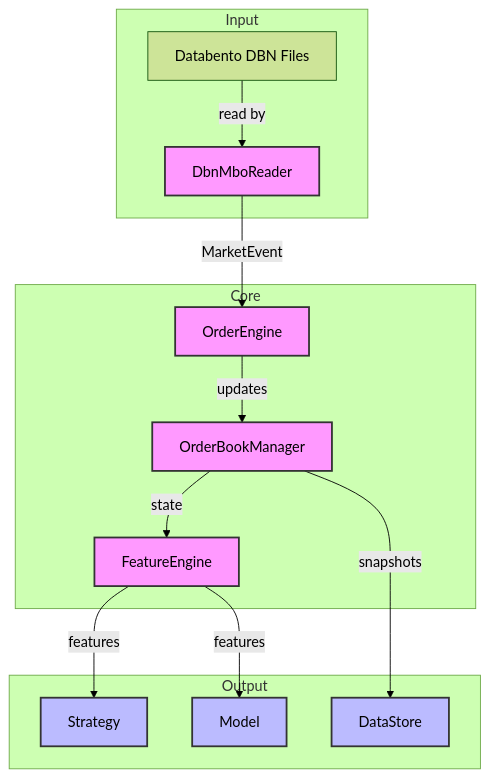
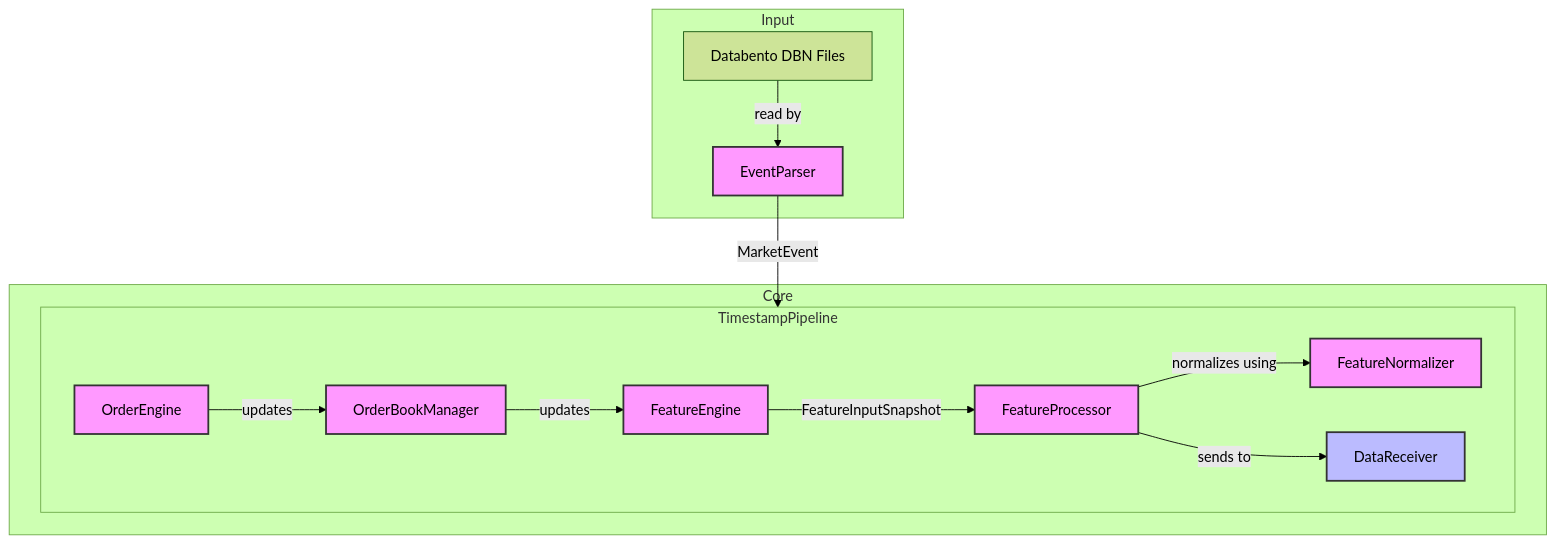
One commit to JackDamato/micro-regime-propogation changed the first of 9 diagrams in docs/architecture.md. Above: the diagram before and after it, drawn with Mermaid (forest theme). The commit also changed other lines of this file, not shown here.

````diff
--- a/docs/architecture.md
+++ b/docs/architecture.md
@@ -3,26 +3,31 @@
 ```mermaid
 graph TD
     classDef component fill:#f9f,stroke:#333,stroke-width:2px;
     classDef interface fill:#bbf,stroke:#333,stroke-width:2px;
     classDef data fill:#9f9,stroke:#333,stroke-width:2px;
     
     subgraph Input
-        DBN[Databento DBN Files] -->|read by| DbnMboReader
+        DBN[Databento DBN Files] -->|read by| EventParser
     end
     
     subgraph Core
-        DbnMboReader -->|MarketEvent| OrderEngine
+        EventParser -->|MarketEvent| TimestampPipeline
+        subgraph TimestampPipeline
+            OrderEngine
+            OrderBookManager
+            FeatureEngine
+            FeatureProcessor
+            FeatureNormalizer
+            DataReceiver
+        end
         OrderEngine -->|updates| OrderBookManager
-        OrderBookManager -->|state| FeatureEngine
+        OrderBookManager -->|updates| FeatureEngine
+        FeatureEngine -->|FeatureInputSnapshot| FeatureProcessor
+        FeatureProcessor -->|normalizes using| FeatureNormalizer
+        FeatureProcessor -->|sends to| DataReceiver
     end
     
-    subgraph Output
-        FeatureEngine -->|features| Strategy
-        FeatureEngine -->|features| Model
-        OrderBookManager -->|snapshots| DataStore
-    end
-    
-    class DbnMboReader,OrderEngine,OrderBookManager,FeatureEngine component;
-    class MarketEvent,features,snapshots data;
-    class Strategy,Model,DataStore interface;
+    class EventParser,OrderEngine,OrderBookManager,FeatureEngine,FeatureProcessor,FeatureNormalizer component;
+    class MarketEvent,FeatureInputSnapshot data;
+    class DataReceiver interface;
 ```
````
